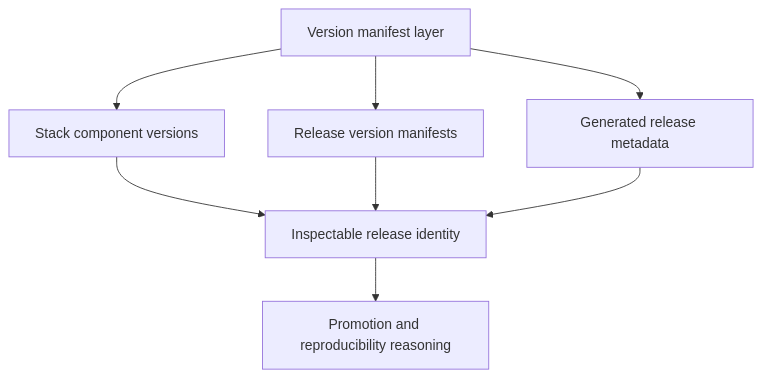
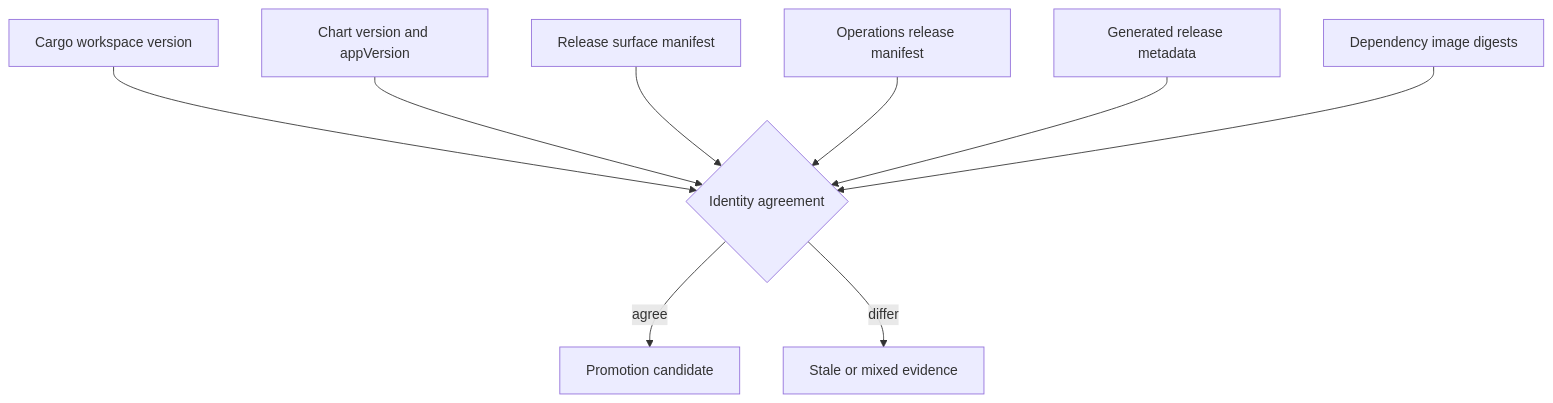
The diagram in docs/bijux-atlas-ops/release/version-manifests.md (bijux/bijux-atlas), drawn with Mermaid before and after one commit. The commit also changed other lines of this file and 1 other file, not shown here.

Commit message:
docs(versioning): make release identity drift explicit

````diff
--- a/docs/bijux-atlas-ops/release/version-manifests.md
+++ b/docs/bijux-atlas-ops/release/version-manifests.md
@@ -15,10 +16,11 @@
 ```mermaid
-flowchart TD
-    Manifest[Version manifest layer] --> Stack[Stack component versions]
-    Manifest --> Release[Release version manifests]
-    Manifest --> Metadata[Generated release metadata]
-    Stack --> Identity[Inspectable release identity]
-    Release --> Identity
-    Metadata --> Identity
-    Identity --> Promotion[Promotion and reproducibility reasoning]
+flowchart TB
+    Workspace[Cargo workspace version] --> Coherence{Identity agreement}
+    Chart[Chart version and appVersion] --> Coherence
+    Release[Release surface manifest] --> Coherence
+    Ops[Operations release manifest] --> Coherence
+    Metadata[Generated release metadata] --> Coherence
+    Stack[Dependency image digests] --> Coherence
+    Coherence -->|agree| Promote[Promotion candidate]
+    Coherence -->|differ| Stale[Stale or mixed evidence]
 ```
````
